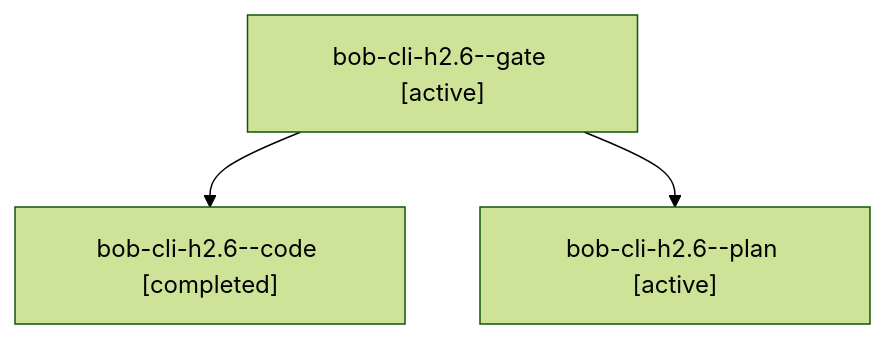
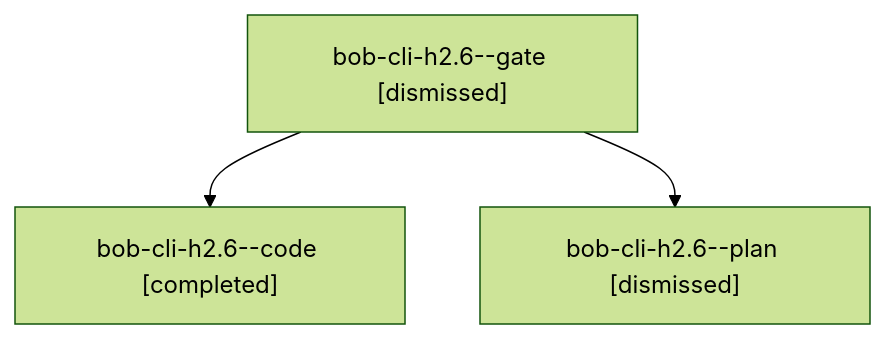
Before and after one commit to bobs-org/bob-cli--agents: the diagram in sessions/bbugyi200.apollo.bob-cli-h2.6.md, drawn with Mermaid (forest theme). The commit also changed other lines of this file and 222 other files, not shown here.

````diff
--- a/sessions/bbugyi200.apollo.bob-cli-h2.6.md
+++ b/sessions/bbugyi200.apollo.bob-cli-h2.6.md
@@ -9,8 +9,8 @@
 ```mermaid
 flowchart TD
-  n0["bob-cli-h2.6--gate [active]"]
+  n0["bob-cli-h2.6--gate [dismissed]"]
   n1["bob-cli-h2.6--code [completed]"]
   n0 --> n1
-  n2["bob-cli-h2.6--plan [active]"]
+  n2["bob-cli-h2.6--plan [dismissed]"]
   n0 --> n2
 ```
````
